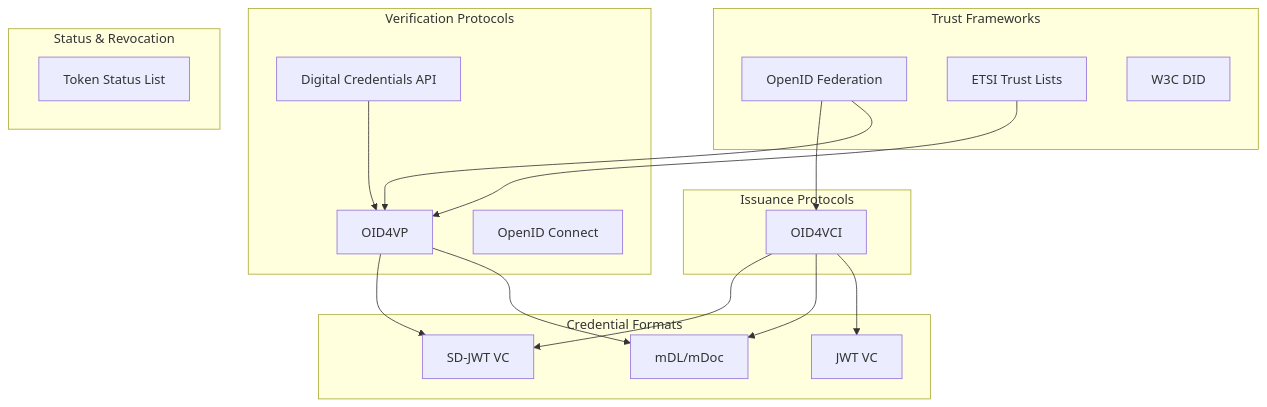
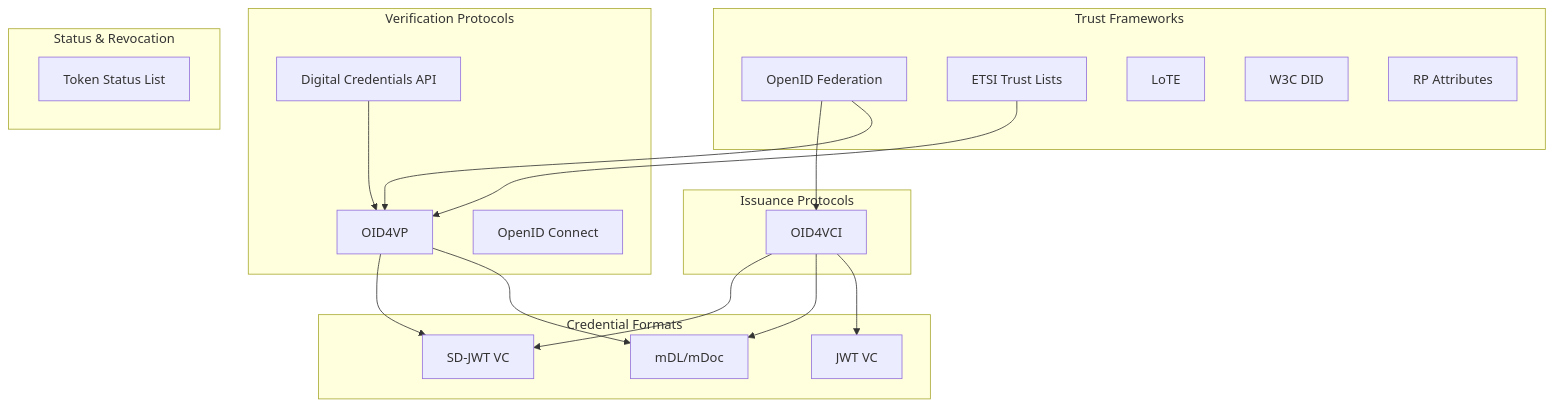
One commit to sirosfoundation/docs changed the diagram in docs/sirosid/reference/standards.md. Above: the diagram before and after it, drawn with Mermaid. The commit also changed other lines of this file and 8 other files, not shown here.

````diff
--- a/docs/sirosid/reference/standards.md
+++ b/docs/sirosid/reference/standards.md
@@ -13,40 +13,42 @@
 ```mermaid
 flowchart TB
     subgraph "Credential Formats"
         SDJWT[SD-JWT VC]
         MDOC[mDL/mDoc]
         JWTVC[JWT VC]
     end
 
     subgraph "Issuance Protocols"
         OID4VCI[OID4VCI]
     end
 
     subgraph "Verification Protocols"
         OID4VP[OID4VP]
         DCAPI[Digital Credentials API]
         OIDC[OpenID Connect]
     end
 
     subgraph "Trust Frameworks"
         OIDF[OpenID Federation]
         TSL[ETSI Trust Lists]
+        LOTE[LoTE]
         DID[W3C DID]
+        RPATTR[RP Attributes]
     end
 
     subgraph "Status & Revocation"
         TSList[Token Status List]
     end
 
     OID4VCI --> SDJWT
     OID4VCI --> MDOC
     OID4VCI --> JWTVC
 
     OID4VP --> SDJWT
     OID4VP --> MDOC
     DCAPI --> OID4VP
 
     OIDF --> OID4VCI
     OIDF --> OID4VP
     TSL --> OID4VP
 ```
````
